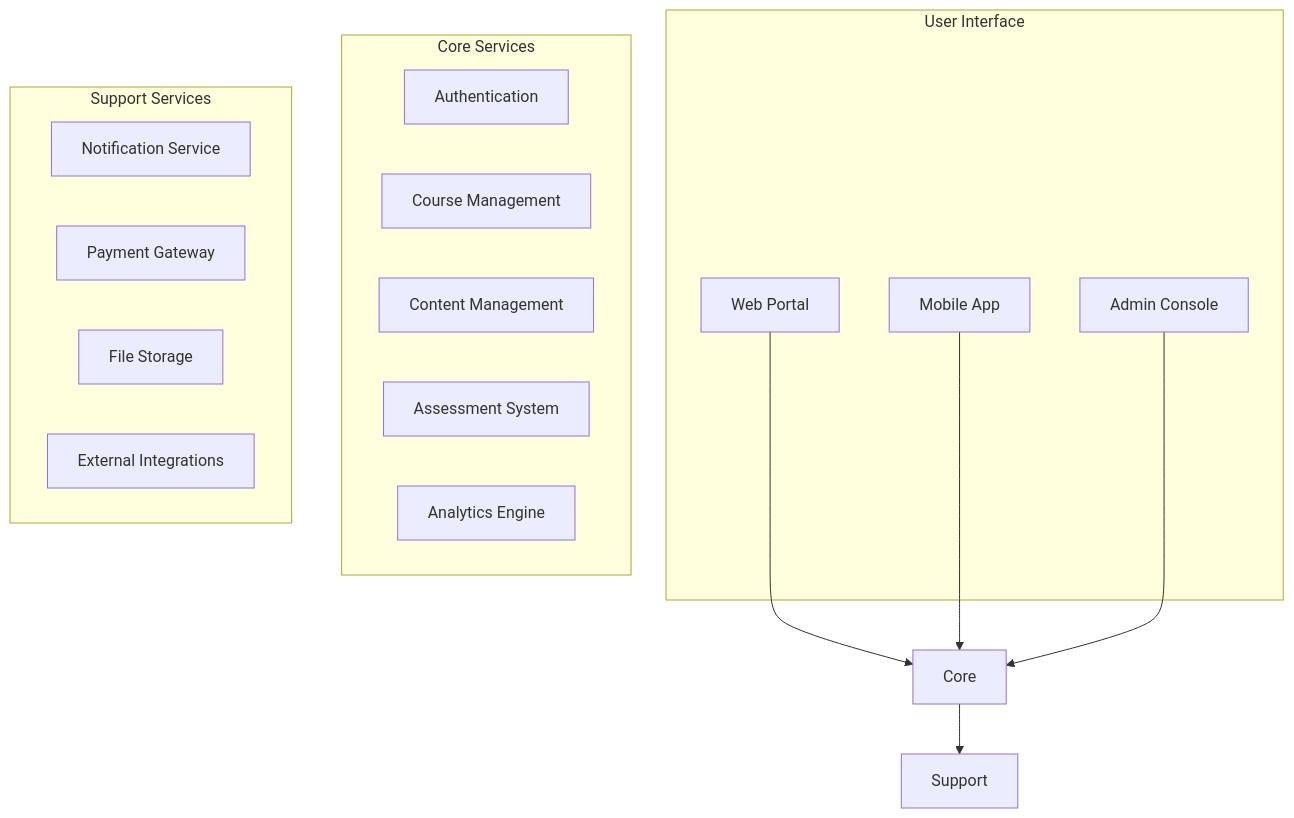
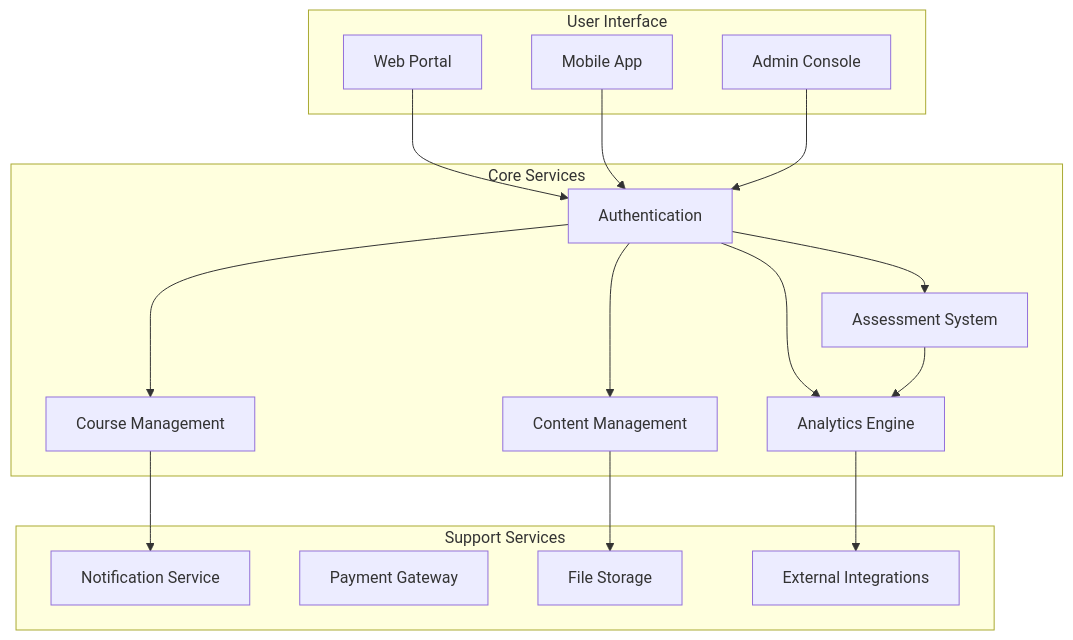
Before and after one commit to leomultimedia/LCT-LMS: the first of 20 diagrams in LCT-SystemDesign/Functional_Architecture.md, drawn with Mermaid. The commit also changed other lines of this file, not shown here.

Commit message:
Fixed graph errors

````diff
--- a/LCT-SystemDesign/Functional_Architecture.md
+++ b/LCT-SystemDesign/Functional_Architecture.md
@@ -34,28 +34,35 @@
 ```mermaid
 graph TD
-    subgraph User Interface
+    subgraph UserInterface["User Interface"]
         Web[Web Portal]
         Mobile[Mobile App]
         Admin[Admin Console]
     end
 
-    subgraph Core Services
+    subgraph CoreServices["Core Services"]
         Auth[Authentication]
         Course[Course Management]
         Content[Content Management]
         Assessment[Assessment System]
         Analytics[Analytics Engine]
     end
 
-    subgraph Support Services
+    subgraph SupportServices["Support Services"]
         Notification[Notification Service]
         Payment[Payment Gateway]
         Storage[File Storage]
         Integration[External Integrations]
     end
 
-    Web --> Core
-    Mobile --> Core
-    Admin --> Core
-    Core --> Support
+    Web --> Auth
+    Mobile --> Auth
+    Admin --> Auth
+    Auth --> Course
+    Auth --> Content
+    Auth --> Assessment
+    Auth --> Analytics
+    Course --> Notification
+    Content --> Storage
+    Assessment --> Analytics
+    Analytics --> Integration
 ```
````
